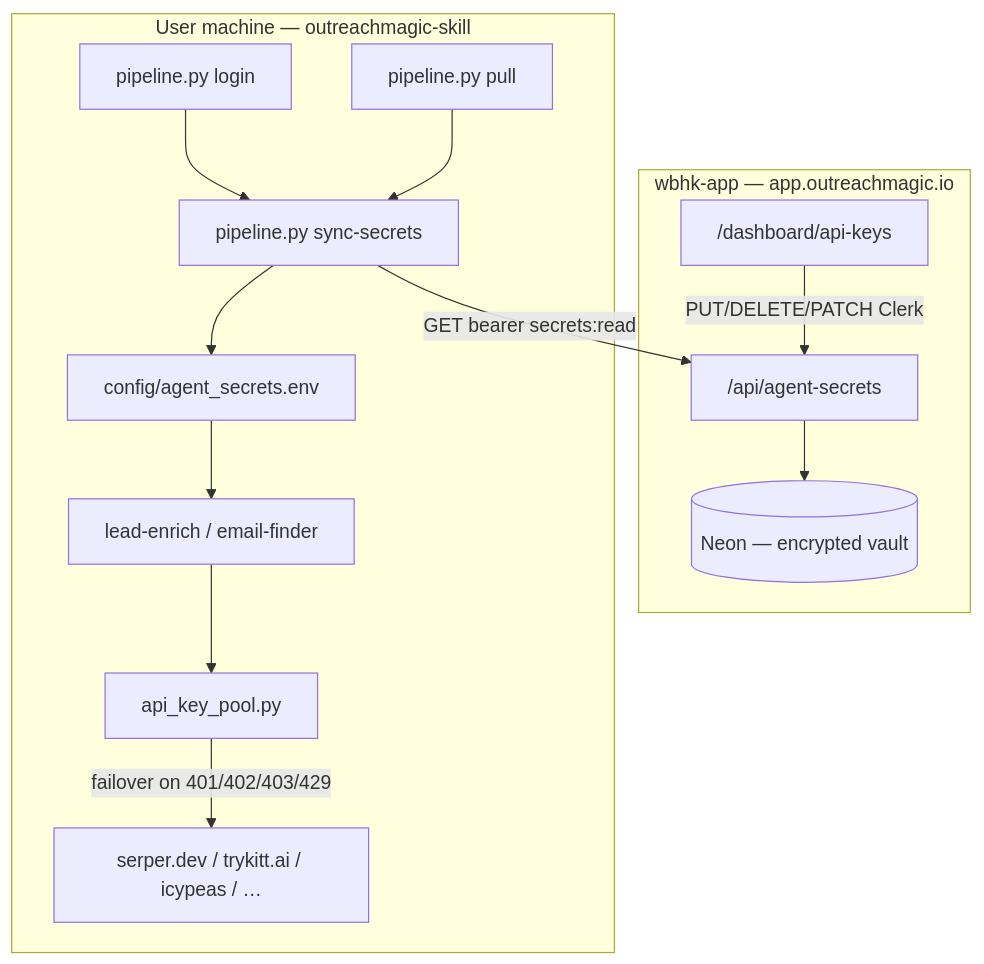
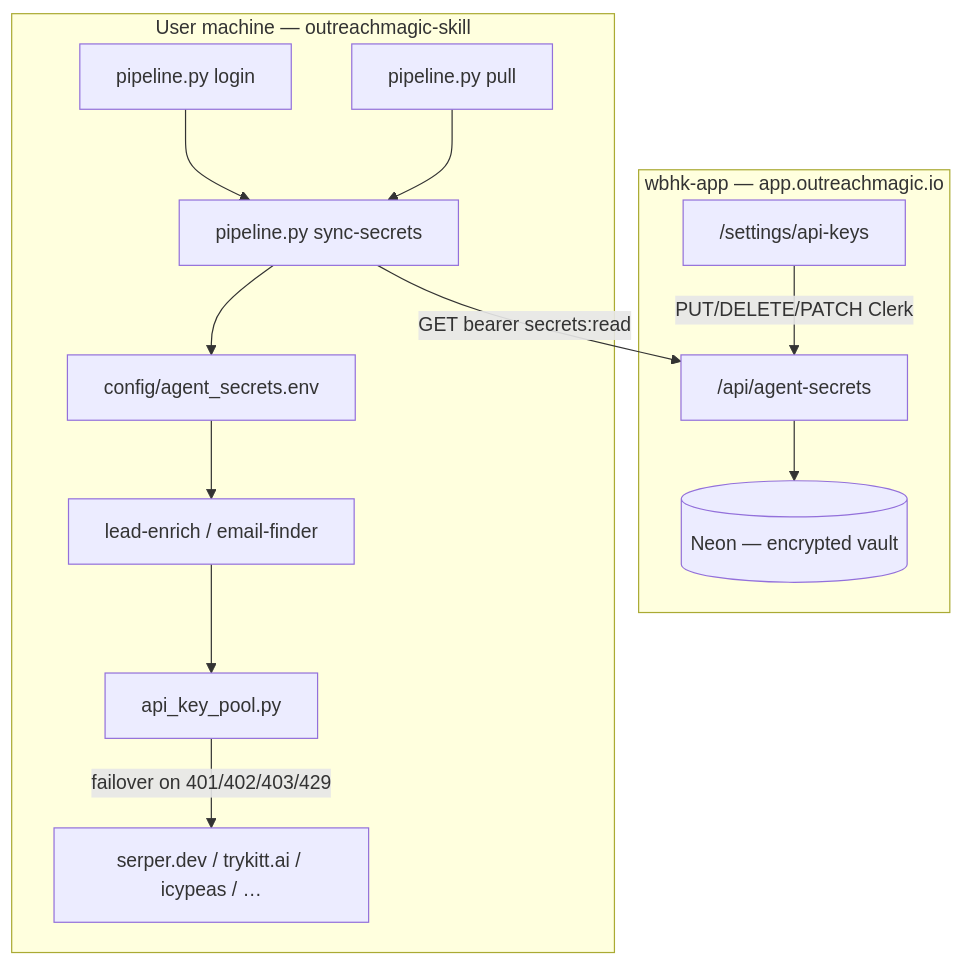
The second of 4 diagrams in docs/feature-requests/dashboard-agent-api-keys.md (outreachmagic/outreachmagic), drawn with Mermaid before and after one commit. The commit also changed other lines of this file and 13 other files, not shown here.

````diff
--- a/docs/feature-requests/dashboard-agent-api-keys.md
+++ b/docs/feature-requests/dashboard-agent-api-keys.md
@@ -142,27 +142,27 @@
 ```mermaid
 flowchart TB
   subgraph portal [wbhk-app — app.outreachmagic.io]
-    UI["/dashboard/api-keys"]
+    UI["/settings/api-keys"]
     API["/api/agent-secrets"]
     Neon[(Neon — encrypted vault)]
     UI -->|PUT/DELETE/PATCH Clerk| API
     API --> Neon
   end
 
   subgraph agent [User machine — outreachmagic-skill]
     Login["pipeline.py login"]
     Pull["pipeline.py pull"]
     Sync["pipeline.py sync-secrets"]
     EnvFile["config/agent_secrets.env"]
     Pool["api_key_pool.py"]
     Companions["lead-enrich / email-finder"]
     Vendors["serper.dev / trykitt.ai / icypeas / …"]
     Login --> Sync
     Pull --> Sync
     Sync -->|GET bearer secrets:read| API
     Sync --> EnvFile
     EnvFile --> Companions
     Companions --> Pool
     Pool -->|failover on 401/402/403/429| Vendors
   end
 ```
````
